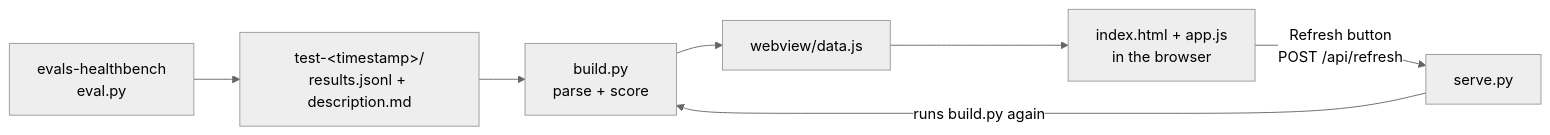
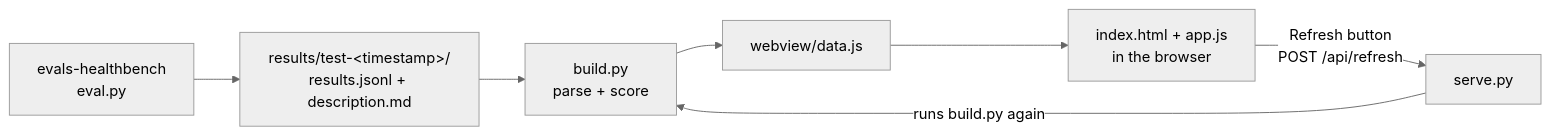
Before and after one commit to carlos-dev-research/evals-healthbench-dashboard: the diagram in README.md, drawn with Mermaid (neutral theme). The commit also changed other lines of this file and 11 other files, not shown here.

````diff
--- a/README.md
+++ b/README.md
@@ -57,9 +60,9 @@
 ```mermaid
 flowchart LR
-    A[evals-healthbench<br/>eval.py] --> B[test-&lt;timestamp&gt;/<br/>results.jsonl + description.md]
+    A[evals-healthbench<br/>eval.py] --> B[results/test-&lt;timestamp&gt;/<br/>results.jsonl + description.md]
     B --> C[build.py<br/>parse + score]
     C --> D[webview/data.js]
     D --> E[index.html + app.js<br/>in the browser]
     E -->|Refresh button<br/>POST /api/refresh| F[serve.py]
     F -->|runs build.py again| C
 ```
````
